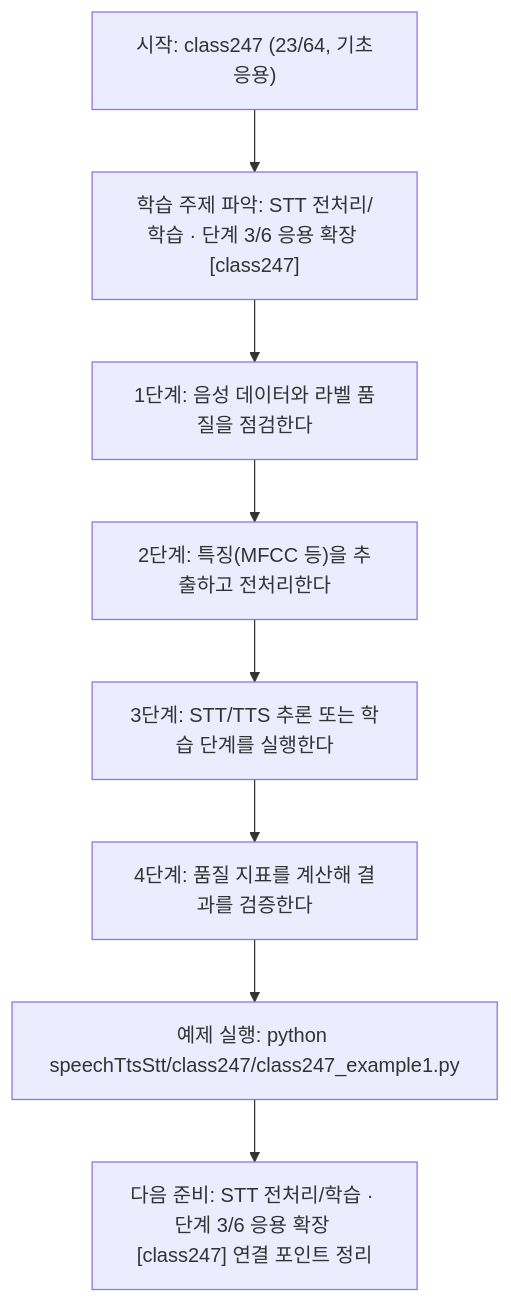
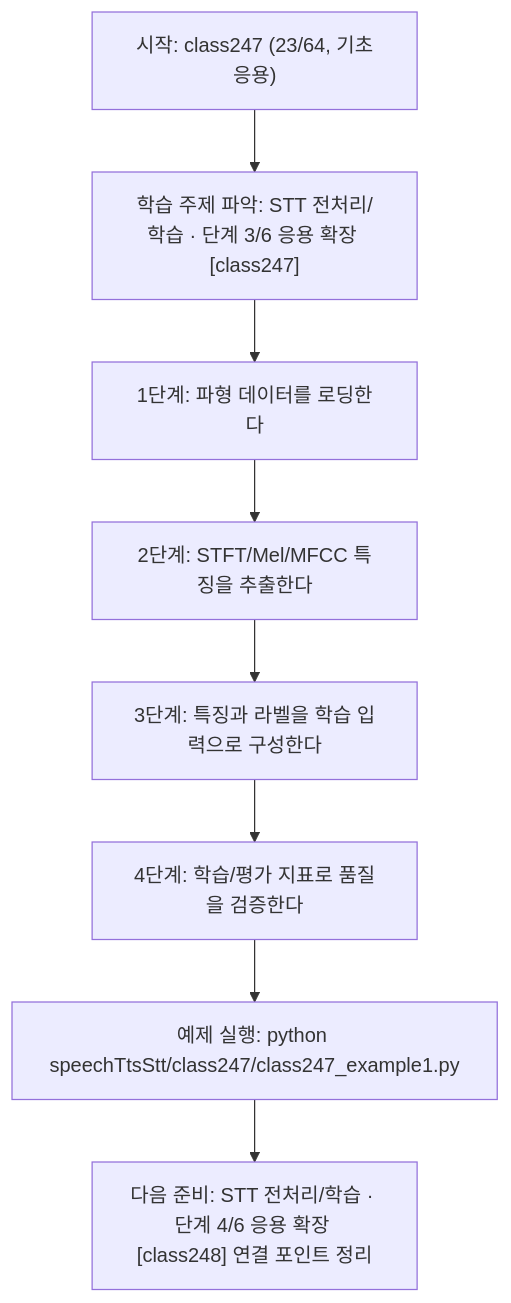
One commit to edumgt/Python-AI_Agent-Class changed the diagram in speechTtsStt/class247/class247.md. Above: the diagram before and after it, drawn with Mermaid. The commit also changed other lines of this file and 1122 other files, not shown here.

````diff
--- a/speechTtsStt/class247/class247.md
+++ b/speechTtsStt/class247/class247.md
@@ -114,18 +95,18 @@
 ```mermaid
 flowchart TD
 N1["시작: class247 (23/64, 기초응용)"]
 N2["학습 주제 파악: STT 전처리/학습 · 단계 3/6 응용 확장 [class247]"]
-N3["1단계: 음성 데이터와 라벨 품질을 점검한다"]
-N4["2단계: 특징(MFCC 등)을 추출하고 전처리한다"]
-N5["3단계: STT/TTS 추론 또는 학습 단계를 실행한다"]
-N6["4단계: 품질 지표를 계산해 결과를 검증한다"]
+N3["1단계: 파형 데이터를 로딩한다"]
+N4["2단계: STFT/Mel/MFCC 특징을 추출한다"]
+N5["3단계: 특징과 라벨을 학습 입력으로 구성한다"]
+N6["4단계: 학습/평가 지표로 품질을 검증한다"]
 N7["예제 실행: python speechTtsStt/class247/class247_example1.py"]
-N8["다음 준비: STT 전처리/학습 · 단계 3/6 응용 확장 [class247] 연결 포인트 정리"]
+N8["다음 준비: STT 전처리/학습 · 단계 4/6 응용 확장 [class248] 연결 포인트 정리"]
 N1 --> N2
 N2 --> N3
 N3 --> N4
 N4 --> N5
 N5 --> N6
 N6 --> N7
 N7 --> N8
 ```
````
